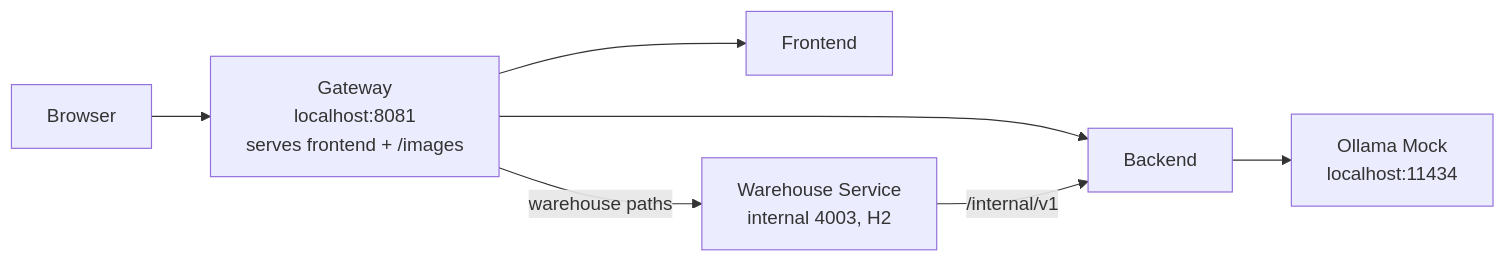
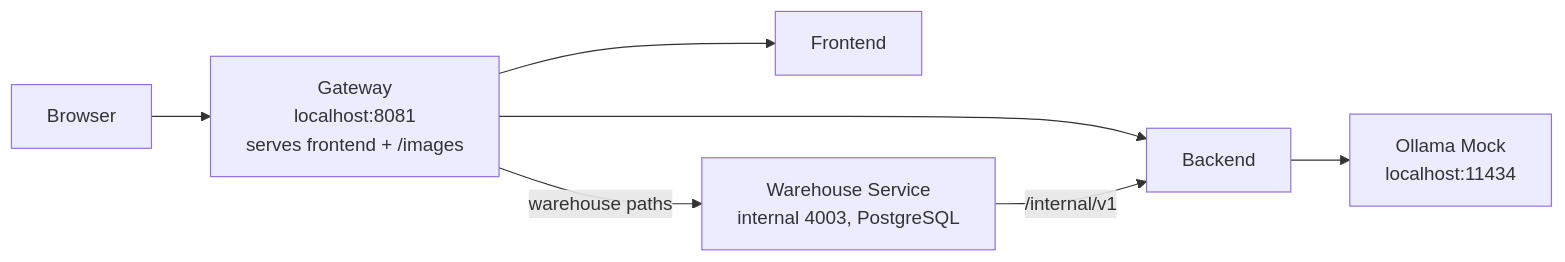
The first of 3 diagrams in README.md (slawekradzyminski/awesome-localstack), drawn with Mermaid before and after one commit. The commit also changed other lines of this file and 31 other files, not shown here.

First line of the commit message:
PostgreSQL everywhere, backend 3.12.0 and single-vCPU relief (#73)

````diff
--- a/README.md
+++ b/README.md
@@ -91,16 +91,16 @@
 ```mermaid
 flowchart LR
     U[Browser]
     G[Gateway<br/>localhost:8081<br/>serves frontend + /images]
     F[Frontend]
     B[Backend]
-    W[Warehouse Service<br/>internal 4003, H2]
+    W[Warehouse Service<br/>internal 4003, PostgreSQL]
     O[Ollama Mock<br/>localhost:11434]
 
     U --> G
     G --> F
     G --> B
     G -->|warehouse paths| W
     W -->|/internal/v1| B
     B --> O
 ```
````
